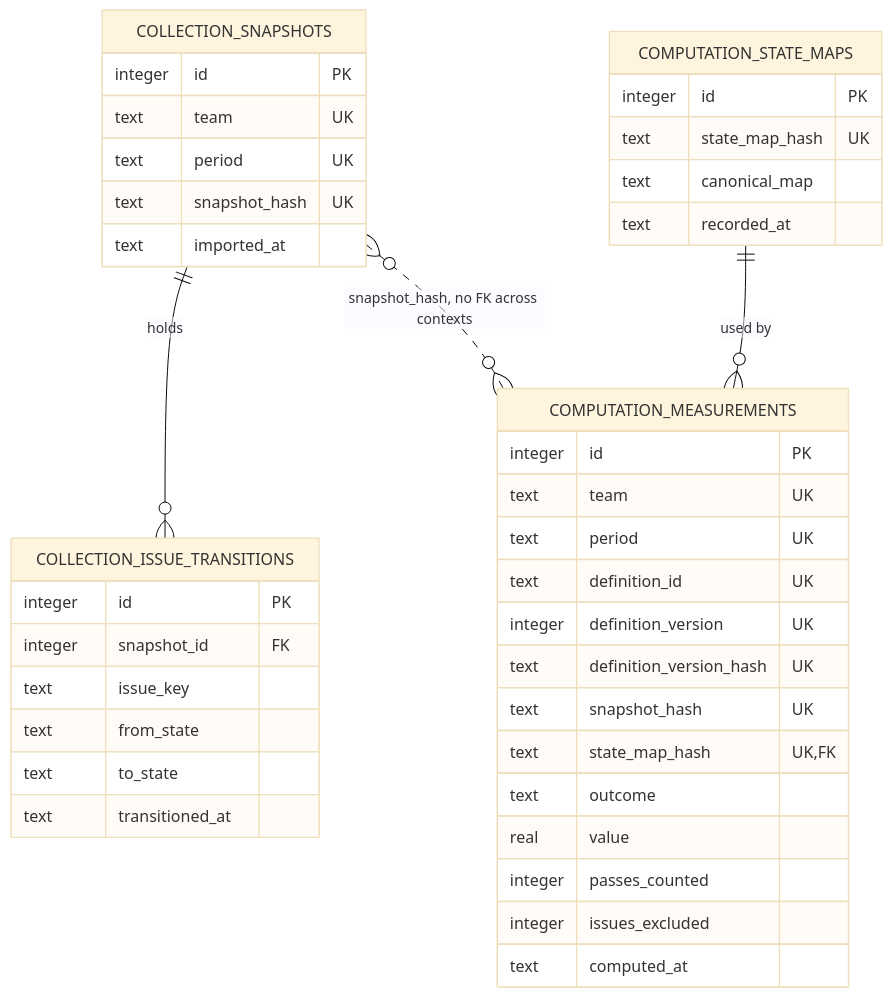
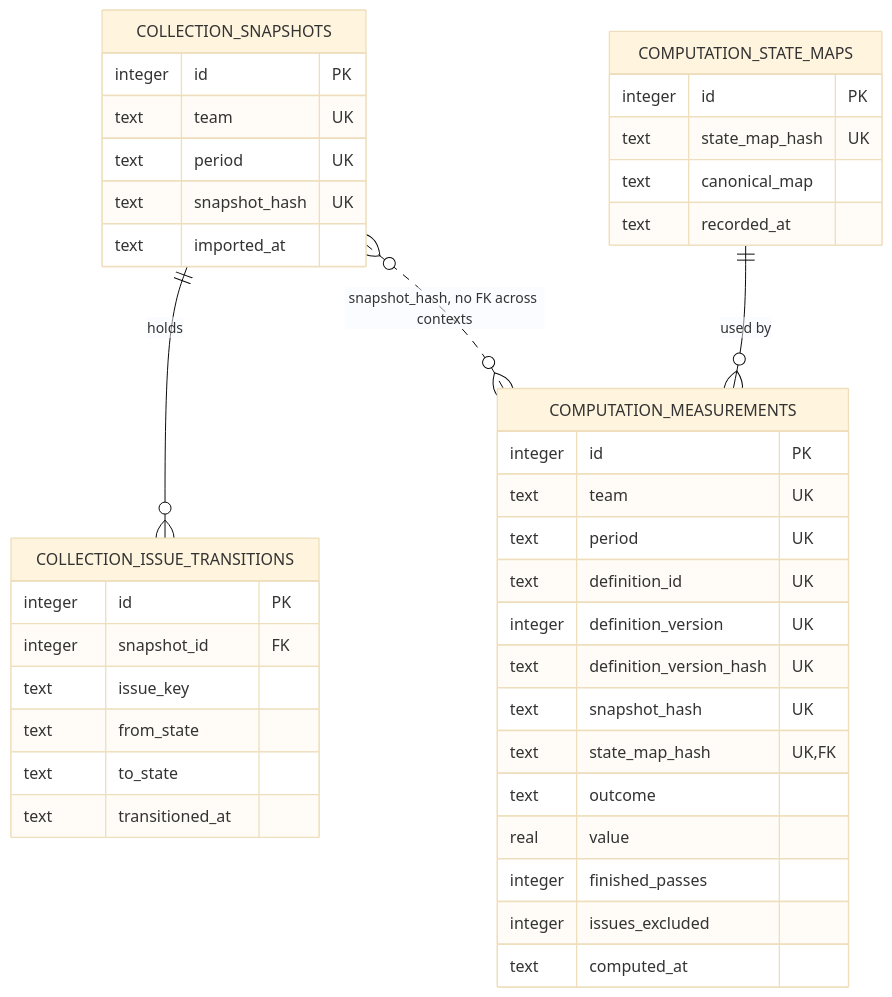
Before and after one commit to AlexPanchenko/evidence-meter: the diagram in docs/features/metric-computation/data-model.md, drawn with Mermaid (base theme). The commit also changed other lines of this file, not shown here.

Commit message:
[m06-l06] drift drill: rename passes_counted to finished_passes in data-model.md
Deliberate divergence for the api-forge --reconcile drill; reverted after the run.

````diff
--- a/docs/features/metric-computation/data-model.md
+++ b/docs/features/metric-computation/data-model.md
@@ -27,43 +27,43 @@
 ```mermaid
 erDiagram
     COLLECTION_SNAPSHOTS ||--o{ COLLECTION_ISSUE_TRANSITIONS : "holds"
     COMPUTATION_STATE_MAPS ||--o{ COMPUTATION_MEASUREMENTS : "used by"
     COLLECTION_SNAPSHOTS }o..o{ COMPUTATION_MEASUREMENTS : "snapshot_hash, no FK across contexts"
 
     COLLECTION_SNAPSHOTS {
         integer id PK
         text team UK
         text period UK
         text snapshot_hash UK
         text imported_at
     }
     COLLECTION_ISSUE_TRANSITIONS {
         integer id PK
         integer snapshot_id FK
         text issue_key
         text from_state
         text to_state
         text transitioned_at
     }
     COMPUTATION_STATE_MAPS {
         integer id PK
         text state_map_hash UK
         text canonical_map
         text recorded_at
     }
     COMPUTATION_MEASUREMENTS {
         integer id PK
         text team UK
         text period UK
         text definition_id UK
         integer definition_version UK
         text definition_version_hash UK
         text snapshot_hash UK
         text state_map_hash UK, FK
         text outcome
         real value
-        integer passes_counted
+        integer finished_passes
         integer issues_excluded
         text computed_at
     }
 ```
````
